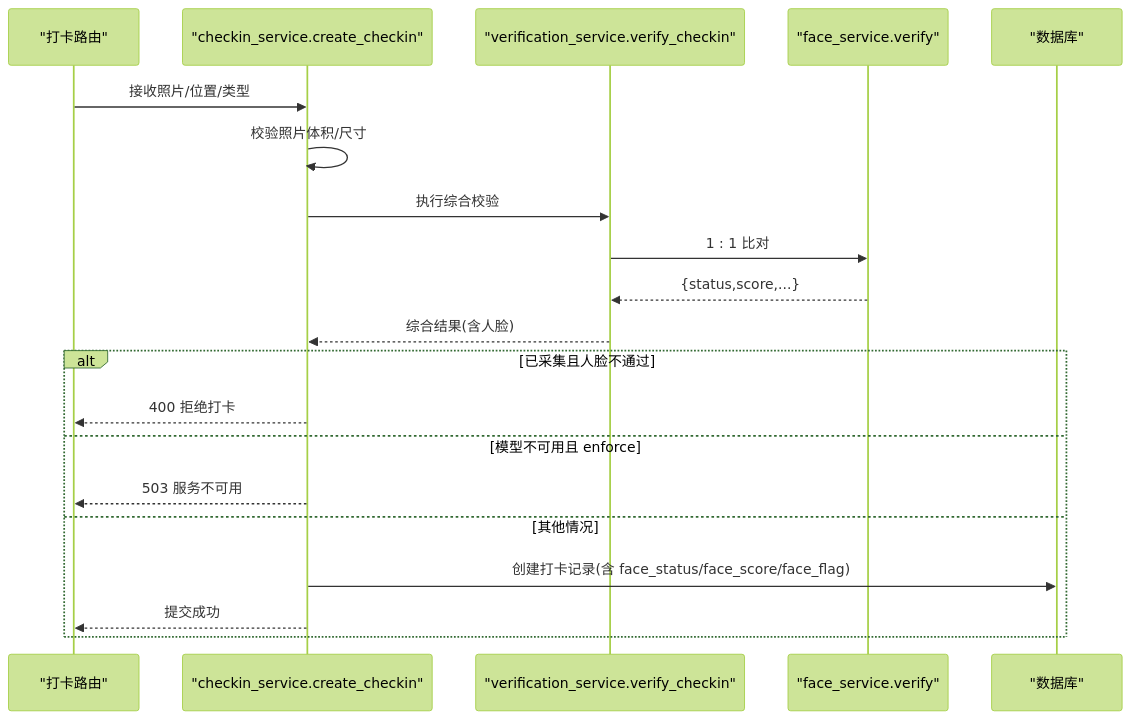
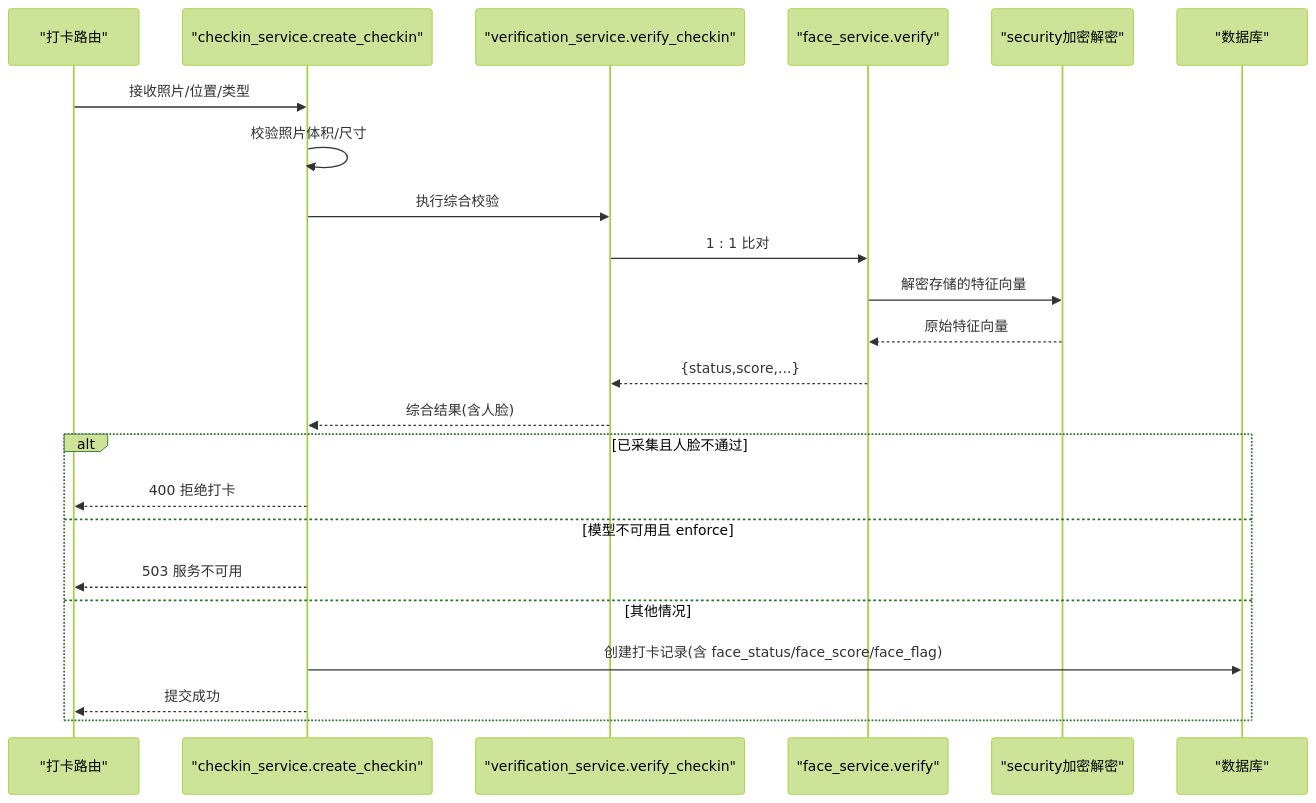
The sixth of 7 diagrams in .qoder/repowiki/zh/content/暑假作业打卡系统/后端服务架构/服务层架构/人脸识别服务.md (onebody/homework), drawn with Mermaid (forest theme) before and after one commit. The commit also changed other lines of this file and 14 other files, not shown here.

````diff
--- a/.qoder/repowiki/zh/content/暑假作业打卡系统/后端服务架构/服务层架构/人脸识别服务.md
+++ b/.qoder/repowiki/zh/content/暑假作业打卡系统/后端服务架构/服务层架构/人脸识别服务.md
@@ -235,22 +284,25 @@
 ```mermaid
 sequenceDiagram
 participant Router as "打卡路由"
 participant Service as "checkin_service.create_checkin"
 participant Verify as "verification_service.verify_checkin"
 participant Face as "face_service.verify"
+participant Security as "security加密解密"
 participant DB as "数据库"
 Router->>Service : 接收照片/位置/类型
 Service->>Service : 校验照片体积/尺寸
 Service->>Verify : 执行综合校验
 Verify->>Face : 1 : 1 比对
+Face->>Security : 解密存储的特征向量
+Security-->>Face : 原始特征向量
 Face-->>Verify : {status,score,...}
 Verify-->>Service : 综合结果(含人脸)
 alt 已采集且人脸不通过
 Service-->>Router : 400 拒绝打卡
 else 模型不可用且 enforce
 Service-->>Router : 503 服务不可用
 else 其他情况
 Service->>DB : 创建打卡记录(含 face_status/face_score/face_flag)
 Service-->>Router : 提交成功
 end
 ```
````
